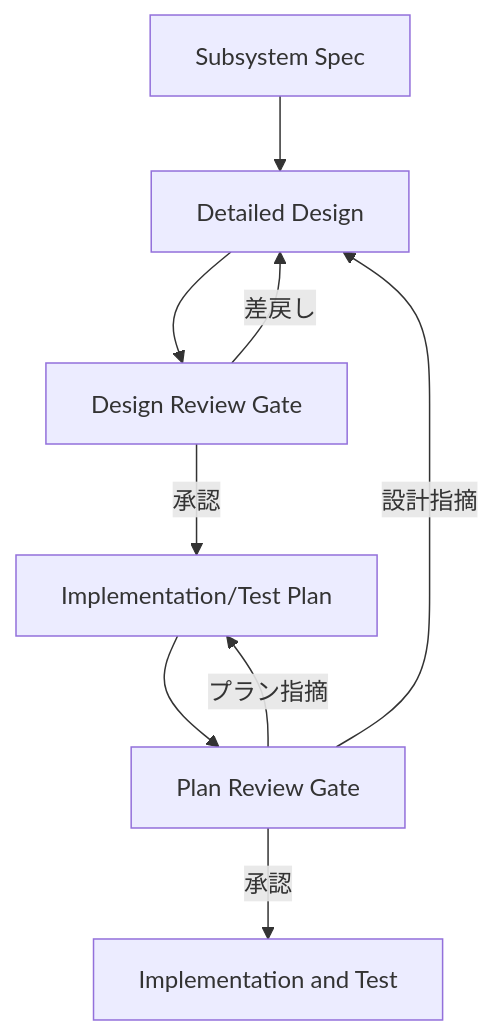
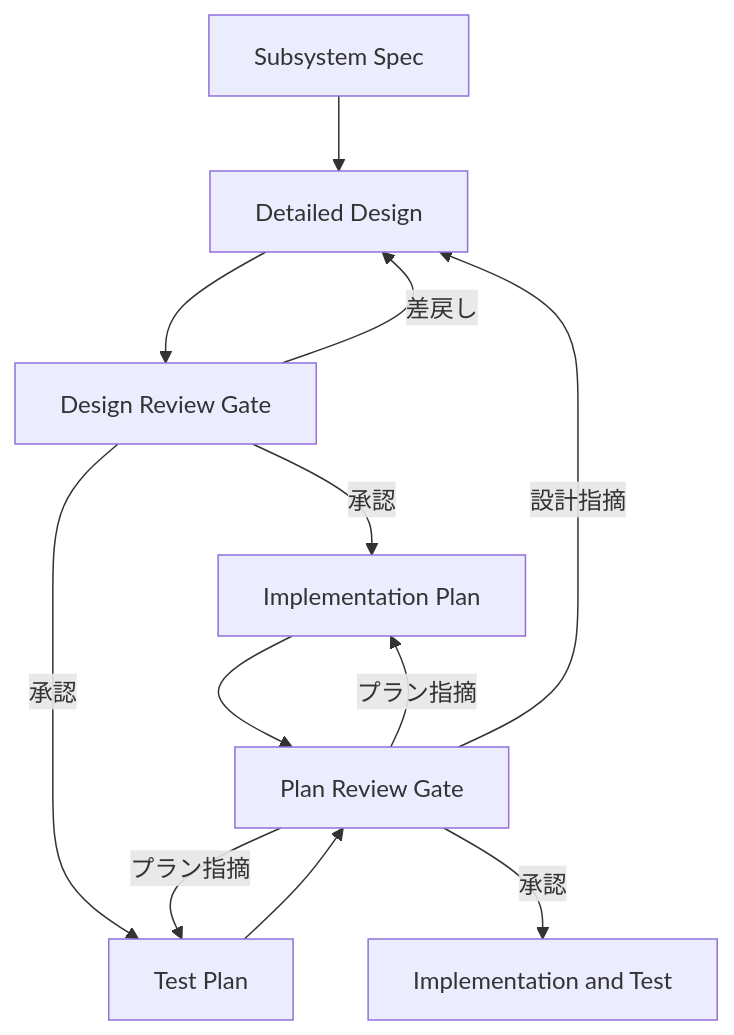
One commit to Aco-Lone/WaterfallSdd changed the diagram in docs/superpowers/specs/2026-06-07-openspec-modification-design.md. Above: the diagram before and after it, drawn with Mermaid. The commit also changed other lines of this file and 21 other files, not shown here.

````diff
--- a/docs/superpowers/specs/2026-06-07-openspec-modification-design.md
+++ b/docs/superpowers/specs/2026-06-07-openspec-modification-design.md
@@ -303,11 +324,14 @@
 ```mermaid
 flowchart TD
     A[Subsystem Spec] --> B[Detailed Design]
     B --> C[Design Review Gate]
     C -->|差戻し| B
-    C -->|承認| D[Implementation/Test Plan]
-    D --> E[Plan Review Gate]
-    E -->|プラン指摘| D
-    E -->|設計指摘| B
-    E -->|承認| F[Implementation and Test]
+  C -->|承認| D[Implementation Plan]
+  C -->|承認| E[Test Plan]
+  D --> F[Plan Review Gate]
+  E --> F
+  F -->|プラン指摘| D
+  F -->|プラン指摘| E
+  F -->|設計指摘| B
+  F -->|承認| G[Implementation and Test]
 ```
````
